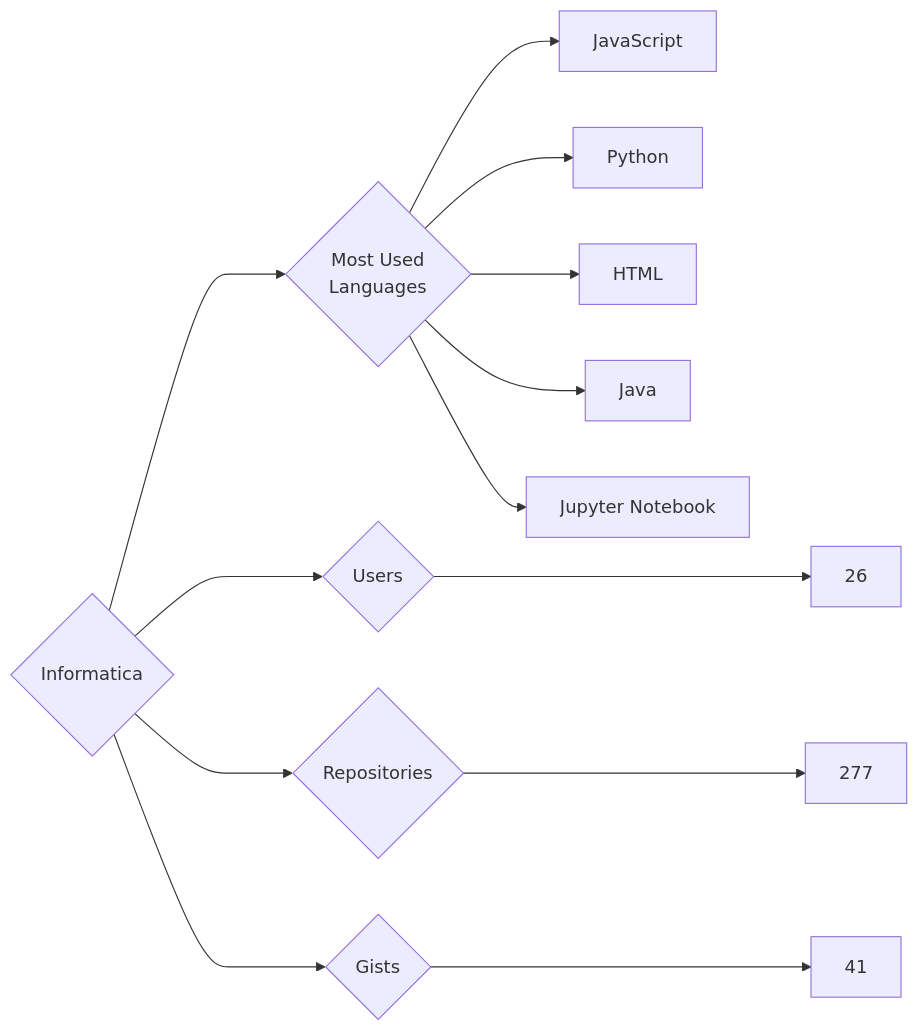
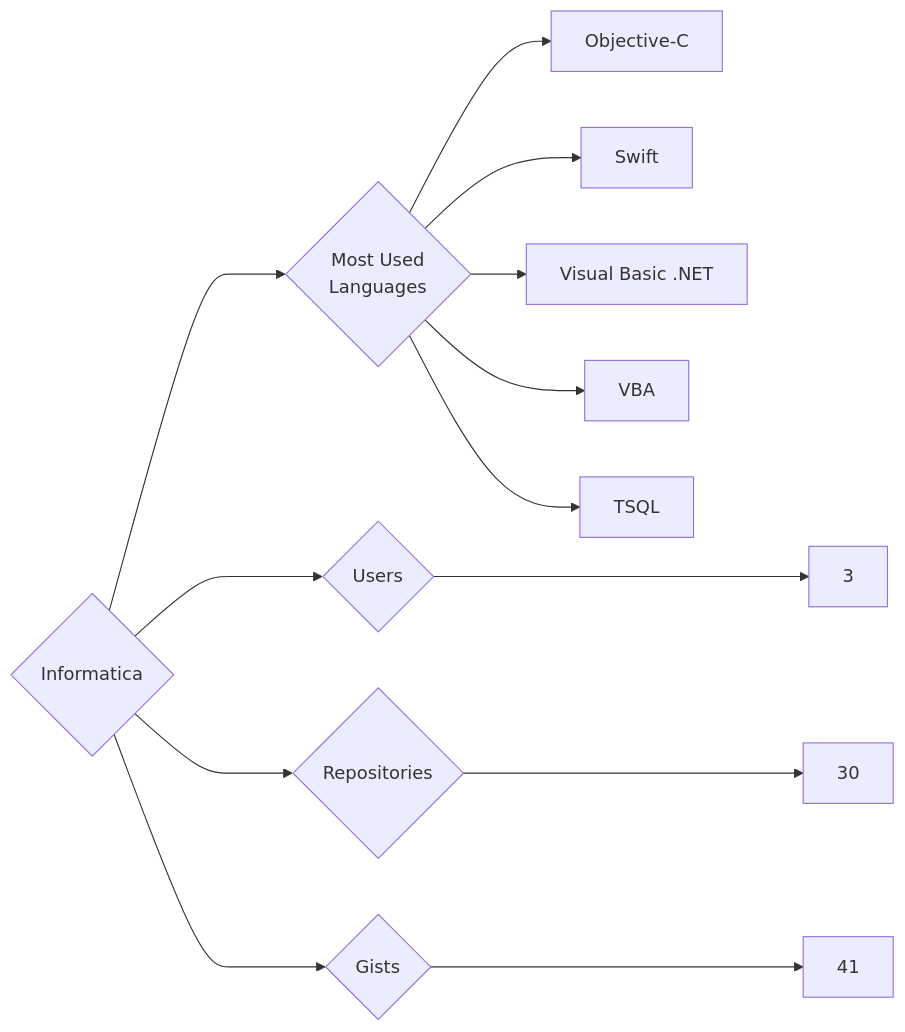
The diagram in targets/Informatica/README.md (trickest/insiders), drawn with Mermaid before and after one commit. The commit also changed 553 other files, not shown here.

````diff
--- a/targets/Informatica/README.md
+++ b/targets/Informatica/README.md
@@ -3,13 +3,13 @@
 ```mermaid
 graph LR
 COMPANY_NAME{Informatica}
-COMPANY_NAME ---> U{Users} ---> UN[26]
-COMPANY_NAME ---> R{Repositories} ---> RN[277]
+COMPANY_NAME ---> U{Users} ---> UN[3]
+COMPANY_NAME ---> R{Repositories} ---> RN[30]
 COMPANY_NAME ---> G{Gists} ---> GN[41]
 COMPANY_NAME ---> ML{Most Used<br>Languages}
-ML --> JavaScript[JavaScript]
-ML --> Python[Python]
-ML --> HTML[HTML]
-ML --> Java[Java]
-ML --> Jupyter_Notebook[Jupyter Notebook]
+ML --> Objective-C[Objective-C]
+ML --> Swift[Swift]
+ML --> Visual_Basic_.NET[Visual Basic .NET]
+ML --> VBA[VBA]
+ML --> TSQL[TSQL]
 ```
````
